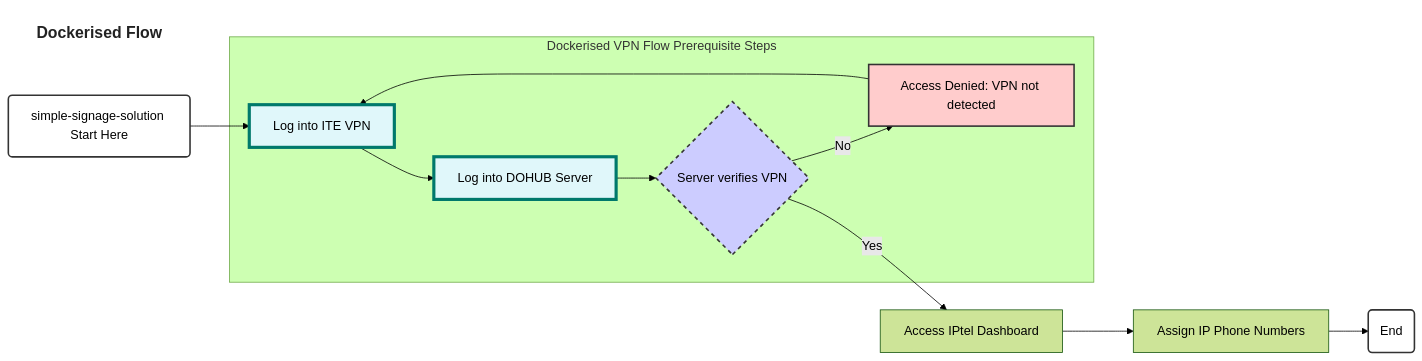
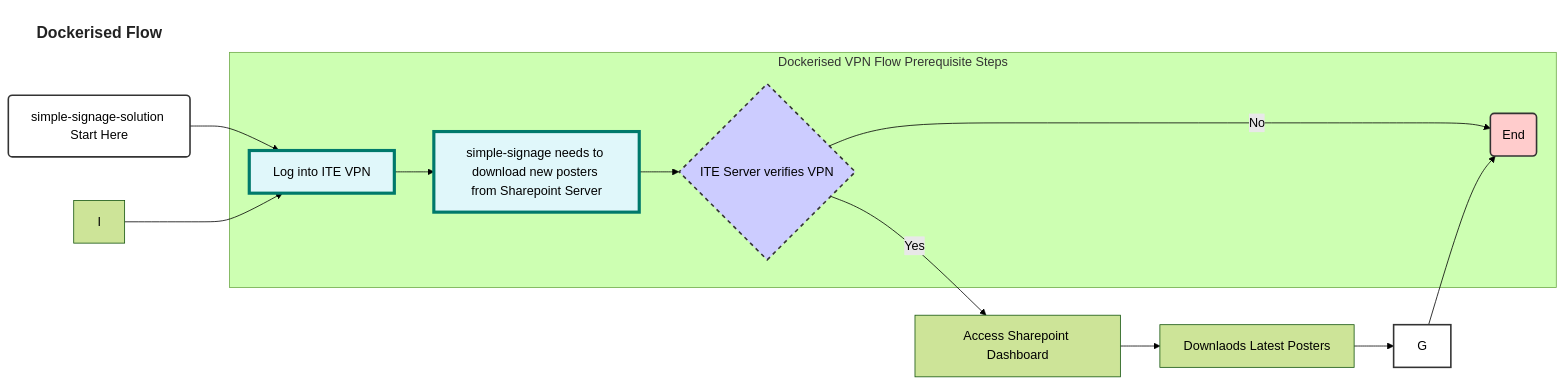
The diagram in simple-signage-flow.md (kairin/mermaid), drawn with Mermaid (forest theme) before and after one commit.

````diff
--- a/simple-signage-flow.md
+++ b/simple-signage-flow.md
@@ -3,29 +3,29 @@
 ```mermaid
 
     graph LR
     Title["<b>Dockerised Flow</b>"]:::title
     Title 
     A(simple-signage-solution Start Here)
     A --> B
 
     subgraph Dockerised VPN Flow Prerequisite Steps
-        B[Log into ITE VPN]:::vpnstep --> C[Log into DOHUB Server]:::vpnstep
-        C --> D{Server verifies VPN}:::vpnstep
+        B[Log into ITE VPN]:::vpnstep --> C[simple-signage needs to download new posters from Sharepoint Server]:::vpnstep
+        C --> D{ITE Server verifies VPN}:::vpnstep
         D -- No --> H[Access Denied: VPN not detected]
     end
 
-    D -- Yes --> E[Access IPtel Dashboard]
-    E --> F[Assign IP Phone Numbers]
-    F --> G(End)
-    H --> B
+    D -- Yes --> E[Access Sharepoint Dashboard]
+    E --> F[Downlaods Latest Posters]
+    F --> G
+    G --> H(End)
+    I --> B
 
     classDef title fill:#fff,stroke:#fff,color:#222,font-size:20px
     classDef vpnstep fill:#e0f7fa,stroke:#00796b,stroke-width:4px
     class B,C,D vpnstep
     style D fill:#ccf,stroke:#333,stroke-width:2px,stroke-dasharray: 5 5
     style H fill:#fcc,stroke:#333,stroke-width:2px
     style A fill:#fff,stroke:#333,stroke-width:2px
     style G fill:#fff,stroke:#333,stroke-width:2px
 
-
 ```
````
